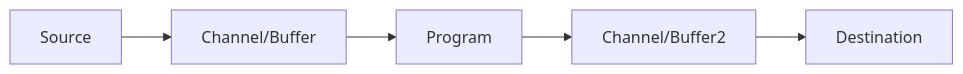
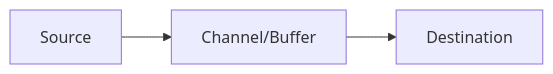
The second of 5 diagrams in _popular/java-core/java-core-nio.md (jojozhuang/jojozhuang.github.io), drawn with Mermaid before and after one commit. The commit also changed other lines of this file and 2 other files, not shown here.

```diff
--- a/_popular/java-core/java-core-nio.md
+++ b/_popular/java-core/java-core-nio.md
@@ -34,7 +34,5 @@
 <div class="mermaid">
 graph LR;
     Source-->Channel/Buffer
-    Channel/Buffer-->Program
-    Program-->Channel/Buffer2
-    Channel/Buffer2-->Destination
+    Channel/Buffer-->Destination
 </div>
```
